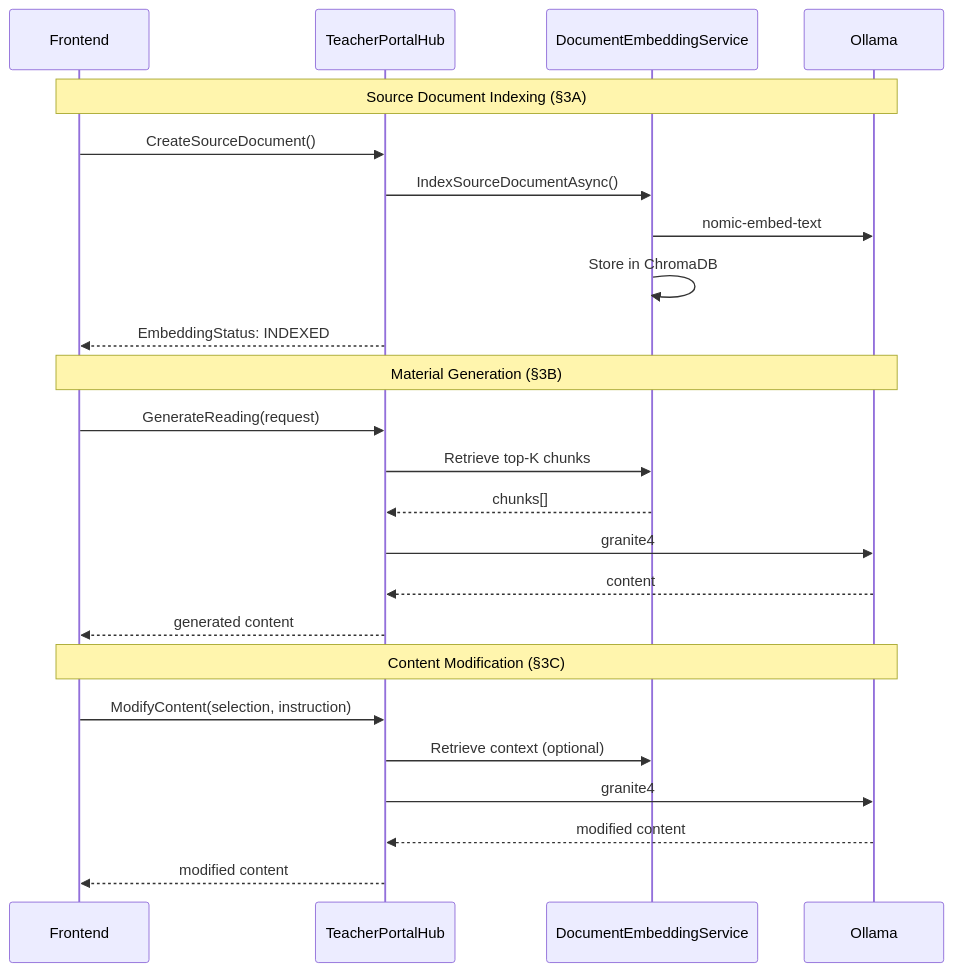
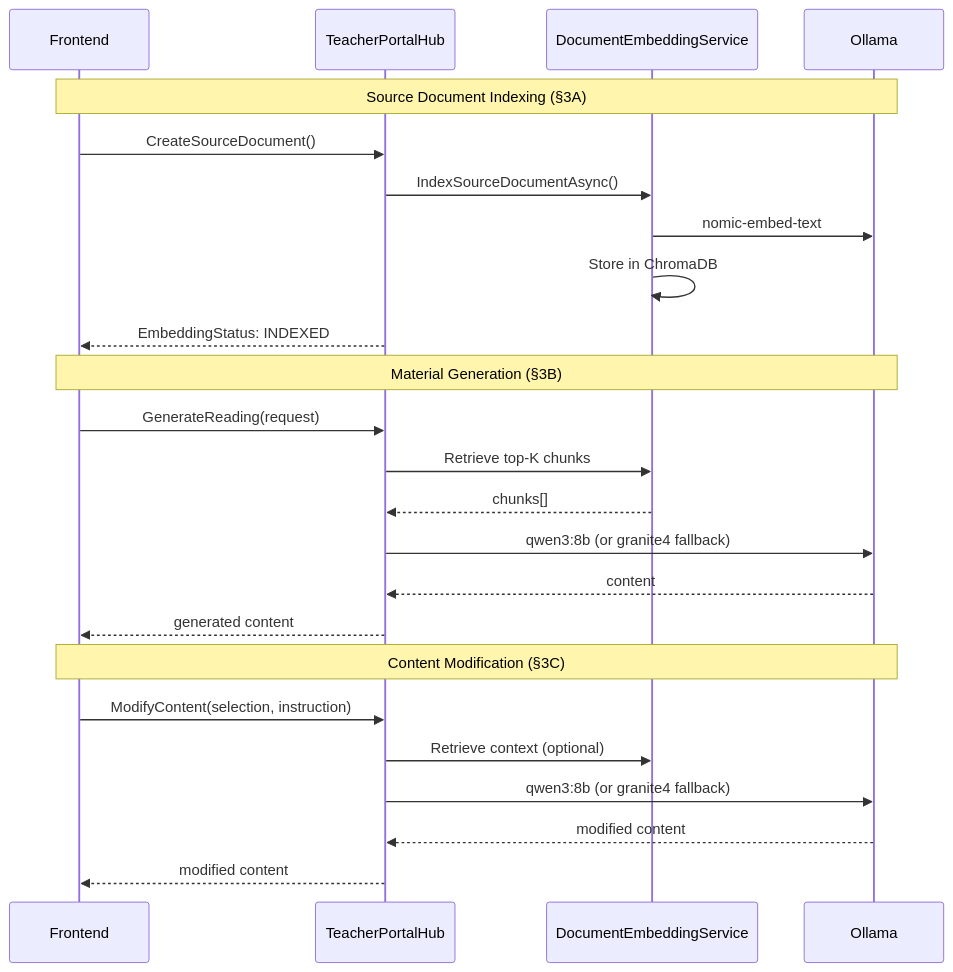
Before and after one commit to raphaellith/Manuscripta: the diagram in windows/ManuscriptaTeacherApp/docs/specifications/GenAISpec.md, drawn with Mermaid. The commit also changed other lines of this file and 2 other files, not shown here.

Commit message:
feat: Replace Granite with Qwen for Feedback Generation

````diff
--- a/windows/ManuscriptaTeacherApp/docs/specifications/GenAISpec.md
+++ b/windows/ManuscriptaTeacherApp/docs/specifications/GenAISpec.md
@@ -633,29 +636,29 @@
 ```mermaid
 sequenceDiagram
     participant Frontend
     participant Hub as TeacherPortalHub
     participant RAG as DocumentEmbeddingService
     participant Ollama
 
     Note over Frontend,Ollama: Source Document Indexing (§3A)
     Frontend->>Hub: CreateSourceDocument()
     Hub->>RAG: IndexSourceDocumentAsync()
     RAG->>Ollama: nomic-embed-text
     RAG->>RAG: Store in ChromaDB
     Hub-->>Frontend: EmbeddingStatus: INDEXED
 
     Note over Frontend,Ollama: Material Generation (§3B)
     Frontend->>Hub: GenerateReading(request)
     Hub->>RAG: Retrieve top-K chunks
     RAG-->>Hub: chunks[]
-    Hub->>Ollama: granite4
+    Hub->>Ollama: qwen3:8b (or granite4 fallback)
     Ollama-->>Hub: content
     Hub-->>Frontend: generated content
 
     Note over Frontend,Ollama: Content Modification (§3C)
     Frontend->>Hub: ModifyContent(selection, instruction)
     Hub->>RAG: Retrieve context (optional)
-    Hub->>Ollama: granite4
+    Hub->>Ollama: qwen3:8b (or granite4 fallback)
     Ollama-->>Hub: modified content
     Hub-->>Frontend: modified content
 ```
````
